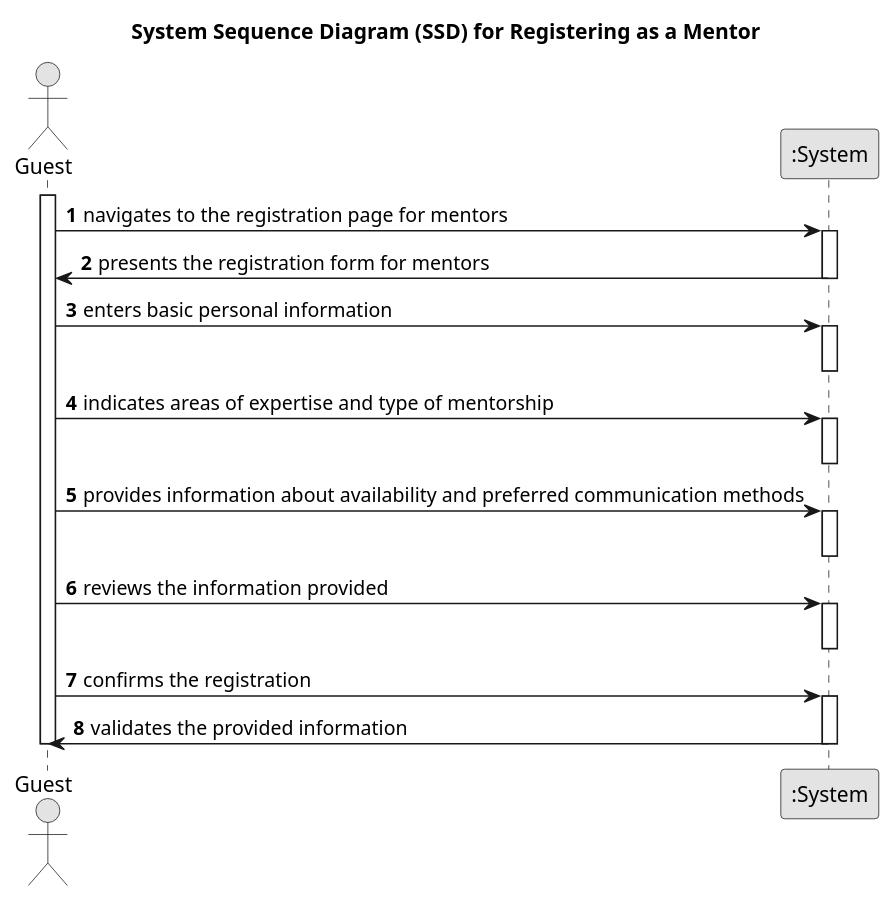
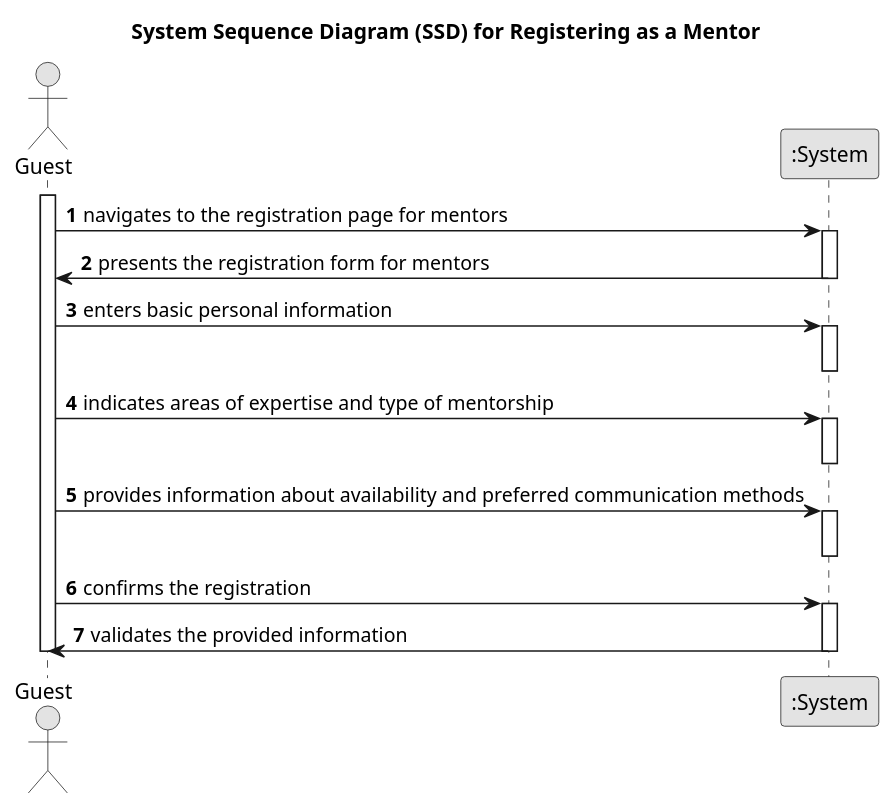
One commit to kanzodotjava/RefugeeLINK changed the diagram in Doc/use-Cases/uc011/systemSequenceDiagram/ssd.puml. Above: the diagram before and after it, drawn with PlantUML. The commit also changed 5 other files, not shown here.

```diff
--- a/Doc/use-Cases/uc011/systemSequenceDiagram/ssd.puml
+++ b/Doc/use-Cases/uc011/systemSequenceDiagram/ssd.puml
@@ -1,42 +1,39 @@
 @startuml
 skinparam monochrome true
 skinparam packageStyle rectangle
 skinparam shadowing false
 
 title System Sequence Diagram (SSD) for Registering as a Mentor
 
 autonumber
 
 actor Guest
 participant ":System" as System
 
 activate Guest
     Guest -> System : navigates to the registration page for mentors
 activate System
     System -> Guest : presents the registration form for mentors
 deactivate System
 
     Guest -> System : enters basic personal information
 activate System
 deactivate System
 
     Guest -> System : indicates areas of expertise and type of mentorship
 activate System
 deactivate System
 
     Guest -> System : provides information about availability and preferred communication methods
 activate System
 deactivate System
 
-    Guest -> System : reviews the information provided
-activate System
-deactivate System
 
     Guest -> System : confirms the registration
 activate System
     System -> Guest : validates the provided information
 
 deactivate System
 deactivate Guest
 
 @enduml
```
